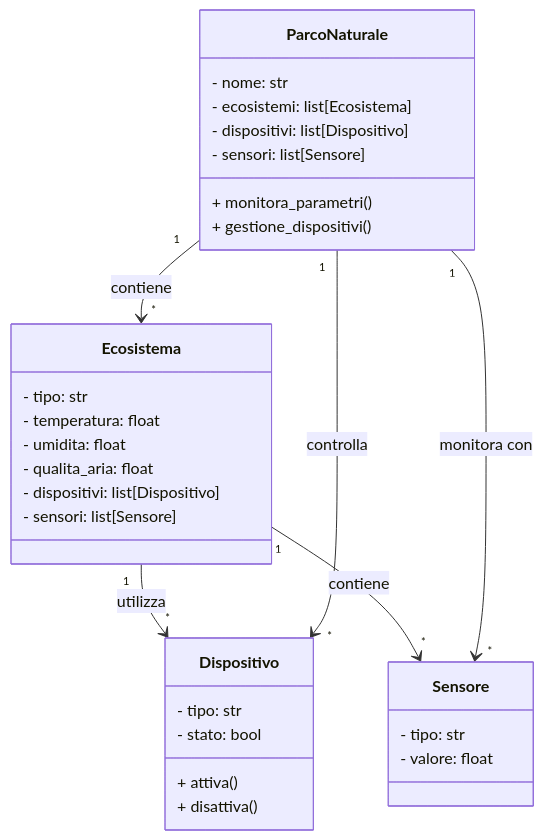
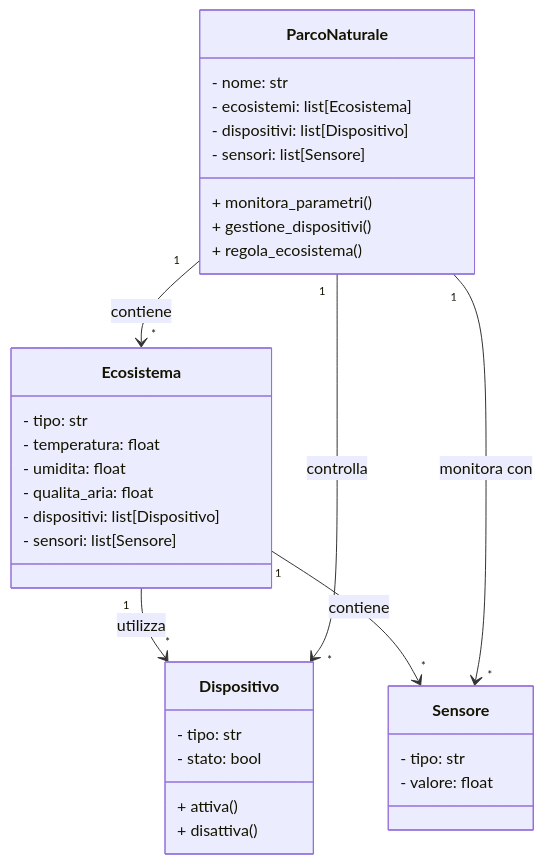
One commit to LucaBernardinii/esercizi_4M changed the diagram in esercizio_029/bernardini_es029.md. Above: the diagram before and after it, drawn with Mermaid. The commit also changed 1 other file, not shown here.

````diff
--- a/esercizio_029/bernardini_es029.md
+++ b/esercizio_029/bernardini_es029.md
@@ -1,38 +1,39 @@
 ```mermaid
     classDiagram
     class ParcoNaturale {
         - nome: str
         - ecosistemi: list[Ecosistema]
         - dispositivi: list[Dispositivo]
         - sensori: list[Sensore]
         + monitora_parametri()
         + gestione_dispositivi()
+        + regola_ecosistema()
     }
 
     class Ecosistema {
         - tipo: str
         - temperatura: float
         - umidita: float
         - qualita_aria: float
         - dispositivi: list[Dispositivo]
         - sensori: list[Sensore]
     }
 
     class Dispositivo {
         - tipo: str
         - stato: bool
         + attiva()
         + disattiva()
     }
 
     class Sensore {
         - tipo: str
         - valore: float
         }
 
     ParcoNaturale "1" --> "*" Ecosistema: contiene
     Ecosistema "1" --> "*" Dispositivo: utilizza
     Ecosistema "1" --> "*" Sensore: contiene
     ParcoNaturale "1" --> "*" Dispositivo: controlla
     ParcoNaturale "1" --> "*" Sensore: monitora con
 ```
````
